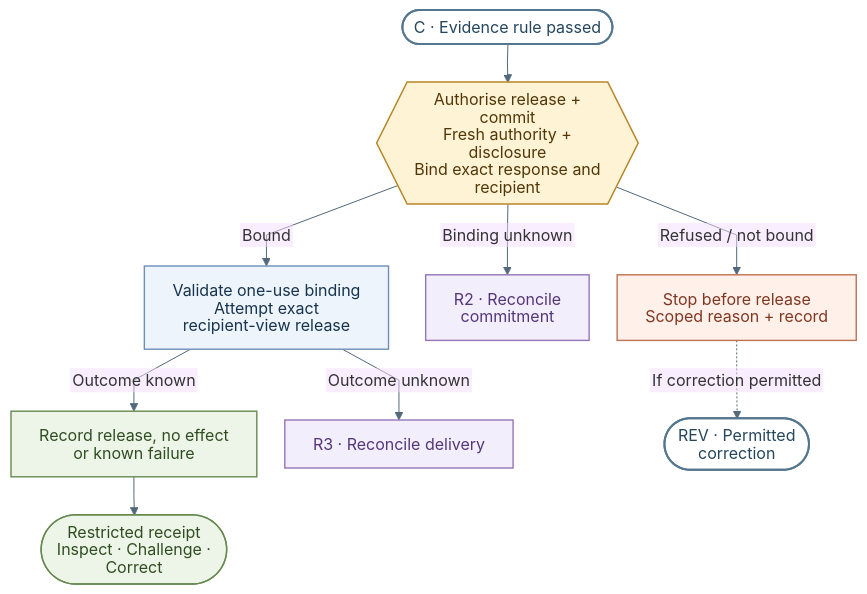
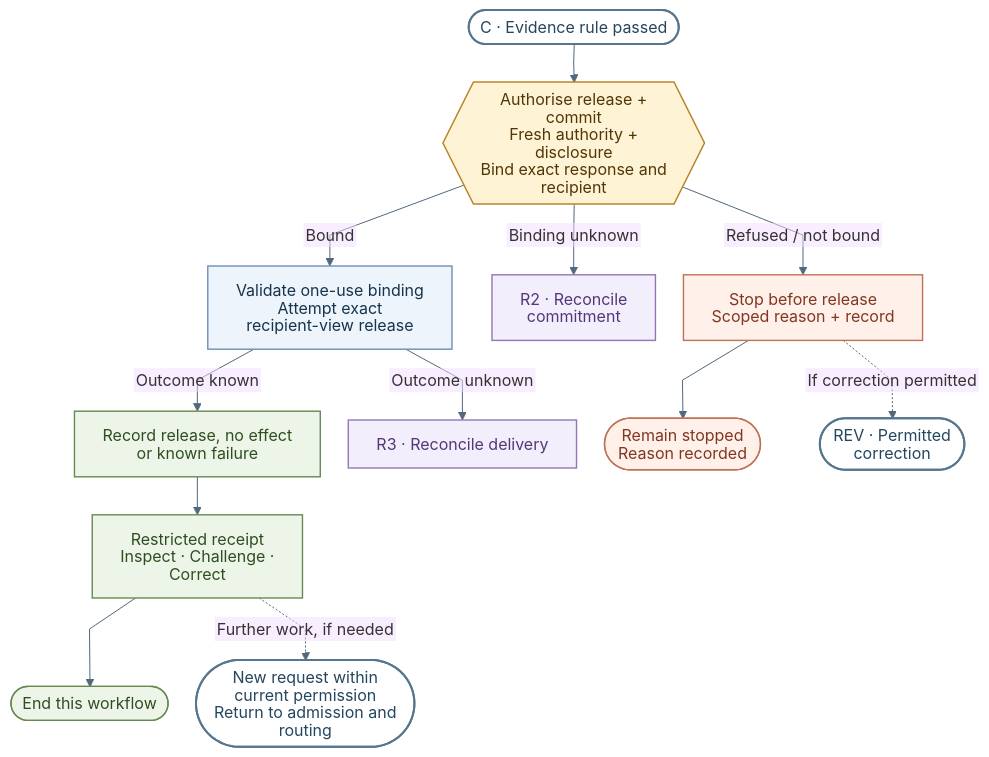
Before and after one commit to robertschaub/our-ai-charter: the fifth of 7 diagrams in docs/Assurance/Concepts/evidence-gated-agents.md, drawn with Mermaid. The commit also changed other lines of this file and 8 other files, not shown here.

Commit message:
docs(ega): clarify exits and publish coordinated diagrams

````diff
--- a/docs/Assurance/Concepts/evidence-gated-agents.md
+++ b/docs/Assurance/Concepts/evidence-gated-agents.md
@@ -278,21 +288,24 @@
 ```mermaid
 %%{init: {"theme":"base","themeCSS":".edgeLabel .label rect{fill:#fff!important;opacity:1!important}","themeVariables":{"fontFamily":"Arial, sans-serif","fontSize":"16px","lineColor":"#52687b"},"flowchart":{"curve":"linear","nodeSpacing":28,"rankSpacing":38,"padding":14,"wrappingWidth":190},"htmlLabels":false}}%%
 flowchart TD
  C(["C · Evidence rule passed"]):::link --> F{{"Authorise release + commit<br/>Fresh authority + disclosure<br/>Bind exact response and recipient"}}:::gate
  F -->|Refused / not bound| S["Stop before release<br/>Scoped reason + record"]:::stop
  F -->|Binding unknown| U["R2 · Reconcile commitment"]:::uncertain
  F -->|Bound| E["Validate one-use binding<br/>Attempt exact recipient-view release"]:::work
  E -->|Outcome known| O["Record release, no effect<br/>or known failure"]:::result
  E -->|Outcome unknown| V["R3 · Reconcile delivery"]:::uncertain
- O --> R(["Restricted receipt<br/>Inspect · Challenge · Correct"]):::result
+ O --> R["Restricted receipt<br/>Inspect · Challenge · Correct"]:::result
+ R --> DONE(["End this workflow"]):::result
+ R -.->|Further work, if needed| NEXT(["New request within current permission<br/>Return to admission and routing"]):::link
 
+ S --> END(["Remain stopped<br/>Reason recorded"]):::stop
  S -.->|If correction permitted| REV(["REV · Permitted correction"]):::link
 
 classDef work fill:#edf4fc,stroke:#6d8fb8,color:#17344c,stroke-width:1.4px
 classDef gate fill:#fff3d5,stroke:#b98528,color:#513707,stroke-width:1.5px
 classDef evidence fill:#e6f5f2,stroke:#39877e,color:#174c46,stroke-width:1.4px
 classDef stop fill:#fff0e9,stroke:#c07155,color:#803721,stroke-width:1.4px
 classDef result fill:#edf5e8,stroke:#678950,color:#304d22,stroke-width:1.4px
 classDef uncertain fill:#f3eefb,stroke:#9476b7,color:#533779,stroke-width:1.4px
 classDef link fill:#fff,stroke:#54768e,color:#24465e,stroke-width:2px
 ```
````
